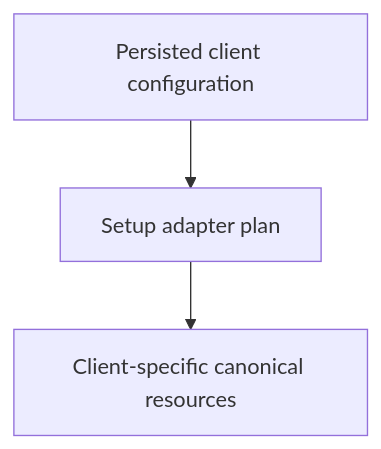
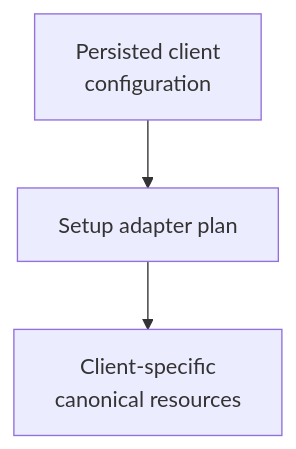
The diagram in components/as-is-setup/as-is.md (abstract-business-systems/as-is), drawn with Mermaid before and after one commit. The commit also changed 47 other files, not shown here.

Commit message:
docs(diagrams): improve Mermaid readability validation

````diff
--- a/components/as-is-setup/as-is.md
+++ b/components/as-is-setup/as-is.md
@@ -21,5 +21,5 @@
 ```mermaid
 flowchart TD
-    A["Persisted client configuration"] --> B["Setup adapter plan"]
-    B --> C["Client-specific canonical resources"]
+    A["Persisted client<br/>configuration"] --> B["Setup adapter plan"]
+    B --> C["Client-specific<br/>canonical resources"]
 ```
````
